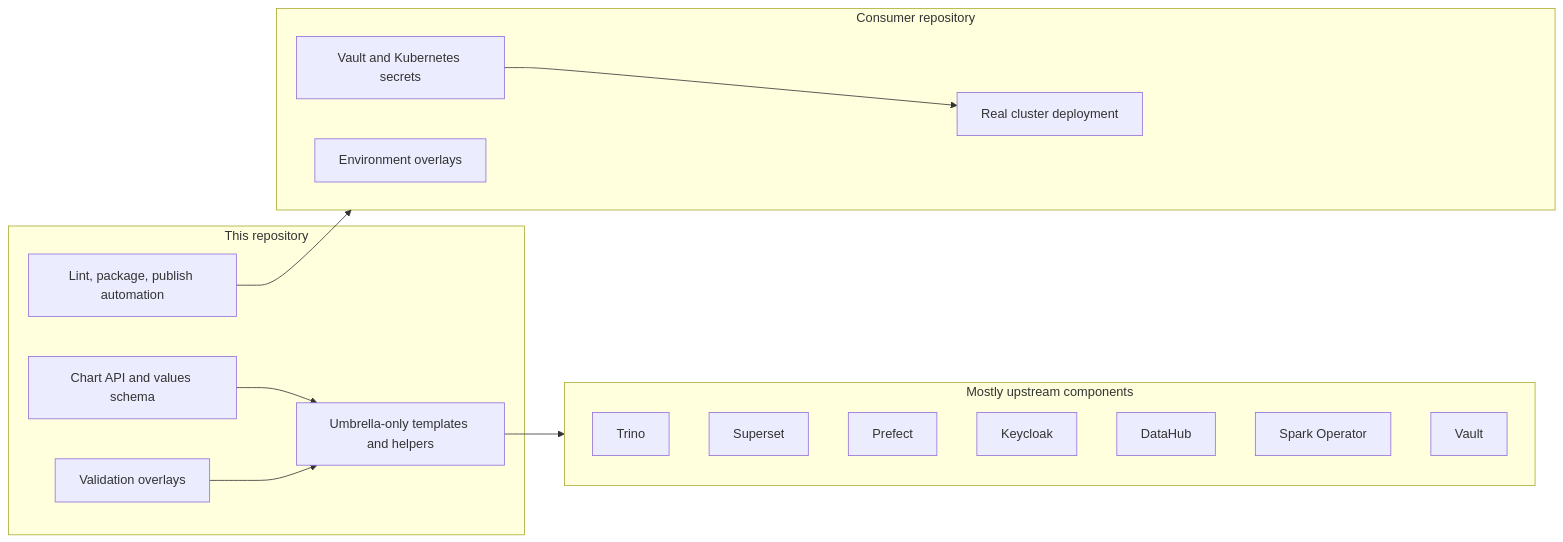
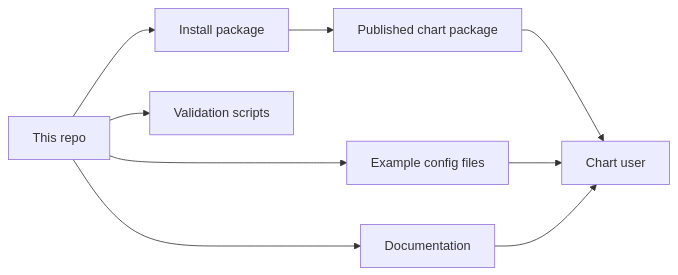
Before and after one commit to sanger-pathogens/dlh-in-a-box-umbrella-helm-chart: the diagram in README.md, drawn with Mermaid. The commit also changed other lines of this file and 27 other files, not shown here.

Commit message:
Rewrite and simplify chart documentation

````diff
--- a/README.md
+++ b/README.md
@@ -37,31 +53,12 @@
 ```mermaid
 flowchart LR
-  subgraph ThisRepo[This repository]
-    API[Chart API and values schema]
-    Glue[Umbrella-only templates and helpers]
-    Examples[Validation overlays]
-    Release[Lint, package, publish automation]
-  end
+  Repo[This repo] --> Chart[Install package]
+  Repo --> Examples[Example config files]
+  Repo --> Docs[Documentation]
+  Repo --> Scripts[Validation scripts]
 
-  subgraph Upstream[Mostly upstream components]
-    Trino[Trino]
-    Superset[Superset]
-    Prefect[Prefect]
-    Keycloak[Keycloak]
-    DataHub[DataHub]
-    Spark[Spark Operator]
-    Vault[Vault]
-  end
-
-  subgraph Downstream[Consumer repository]
-    Infra[Environment overlays]
-    Secrets[Vault and Kubernetes secrets]
-    Cluster[Real cluster deployment]
-  end
-
-  API --> Glue --> Upstream
-  Examples --> Glue
-  Release --> Downstream
-  Downstream --> Cluster
-  Secrets --> Cluster
+  Chart --> Package[Published chart package]
+  Package --> User[Chart user]
+  Examples --> User
+  Docs --> User
 ```
````
